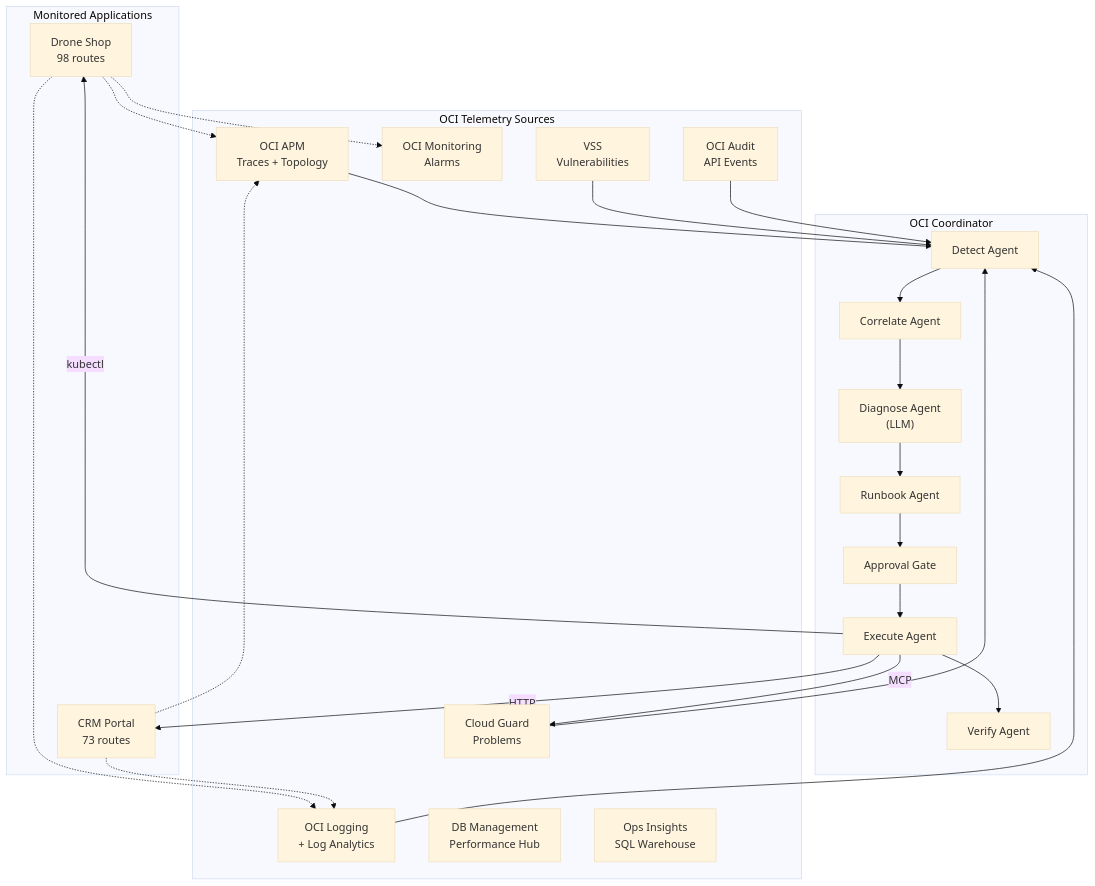
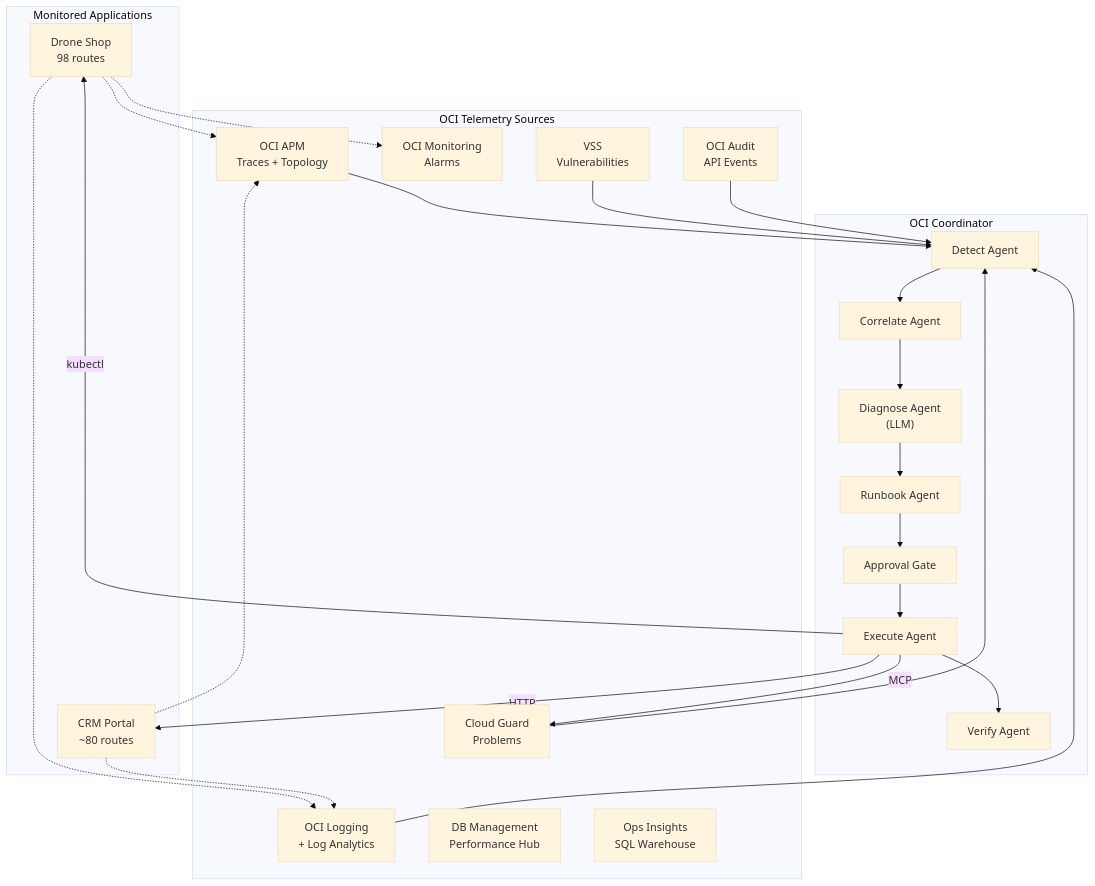
The diagram in site/integrations/coordinator.md (adibirzu/octo-apm-demo), drawn with Mermaid (base theme) before and after one commit. The commit also changed 8 other files, not shown here.

Commit message:
docs: update public architecture and CRM ownership docs

````diff
--- a/site/integrations/coordinator.md
+++ b/site/integrations/coordinator.md
@@ -7,46 +7,46 @@
 ```mermaid
 flowchart TD
     subgraph Apps ["Monitored Applications"]
         Shop["Drone Shop<br/>98 routes"]
-        CRM["CRM Portal<br/>73 routes"]
+        CRM["CRM Portal<br/>~80 routes"]
     end
 
     subgraph OCI ["OCI Telemetry Sources"]
         APM["OCI APM<br/>Traces + Topology"]
         Logging["OCI Logging<br/>+ Log Analytics"]
         Monitoring["OCI Monitoring<br/>Alarms"]
         CloudGuard["Cloud Guard<br/>Problems"]
         VSS["VSS<br/>Vulnerabilities"]
         Audit["OCI Audit<br/>API Events"]
         DBMgmt["DB Management<br/>Performance Hub"]
         OPSI["Ops Insights<br/>SQL Warehouse"]
     end
 
     subgraph Coordinator ["OCI Coordinator"]
         Detect["Detect Agent"]
         Correlate["Correlate Agent"]
         Diagnose["Diagnose Agent<br/>(LLM)"]
         Runbook["Runbook Agent"]
         Approve["Approval Gate"]
         Execute["Execute Agent"]
         Verify["Verify Agent"]
     end
 
     Shop -.-> APM
     Shop -.-> Logging
     Shop -.-> Monitoring
     CRM -.-> APM
     CRM -.-> Logging
 
     APM --> Detect
     Logging --> Detect
     CloudGuard --> Detect
     VSS --> Detect
     Audit --> Detect
 
     Detect --> Correlate --> Diagnose --> Runbook --> Approve --> Execute --> Verify
 
     Execute -->|kubectl| Shop
     Execute -->|HTTP| CRM
     Execute -->|MCP| CloudGuard
 ```
````
